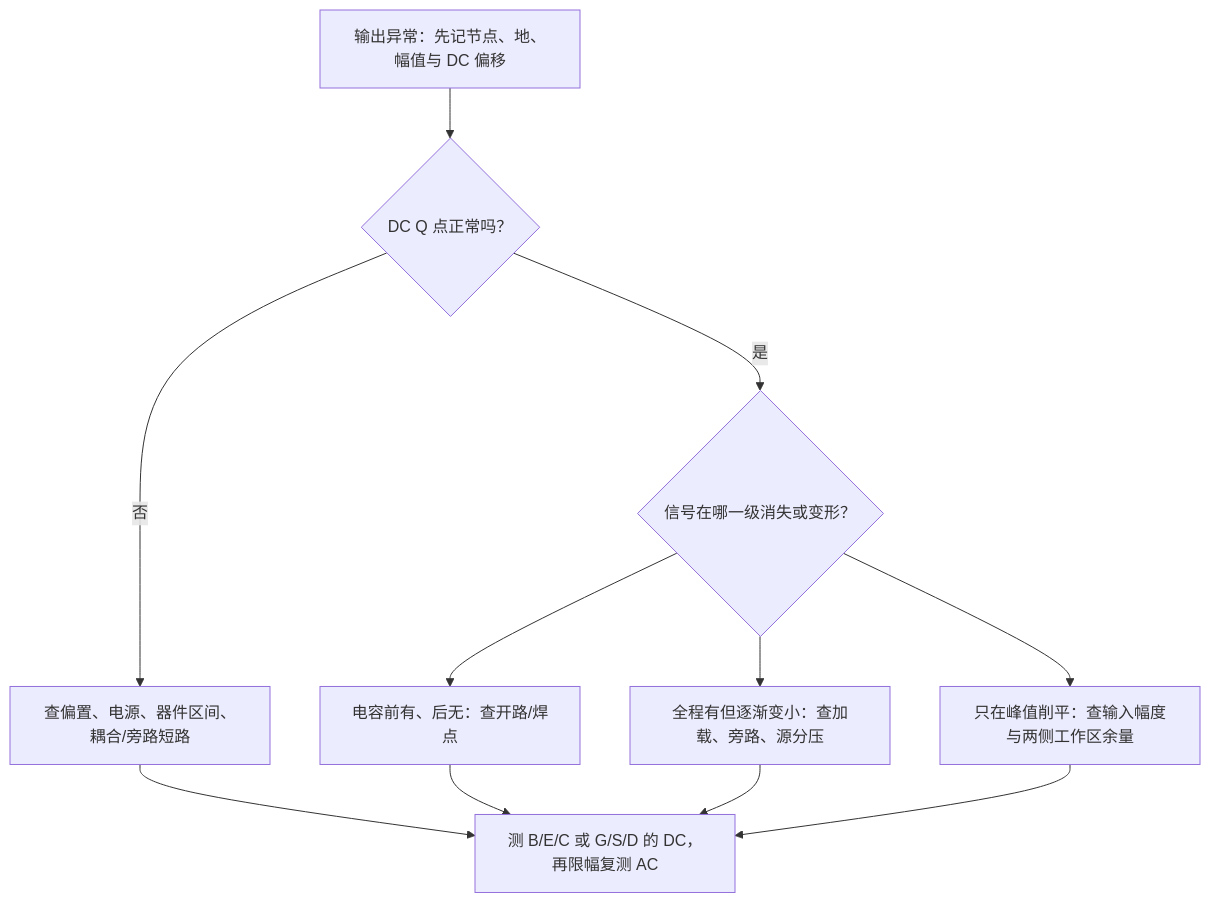
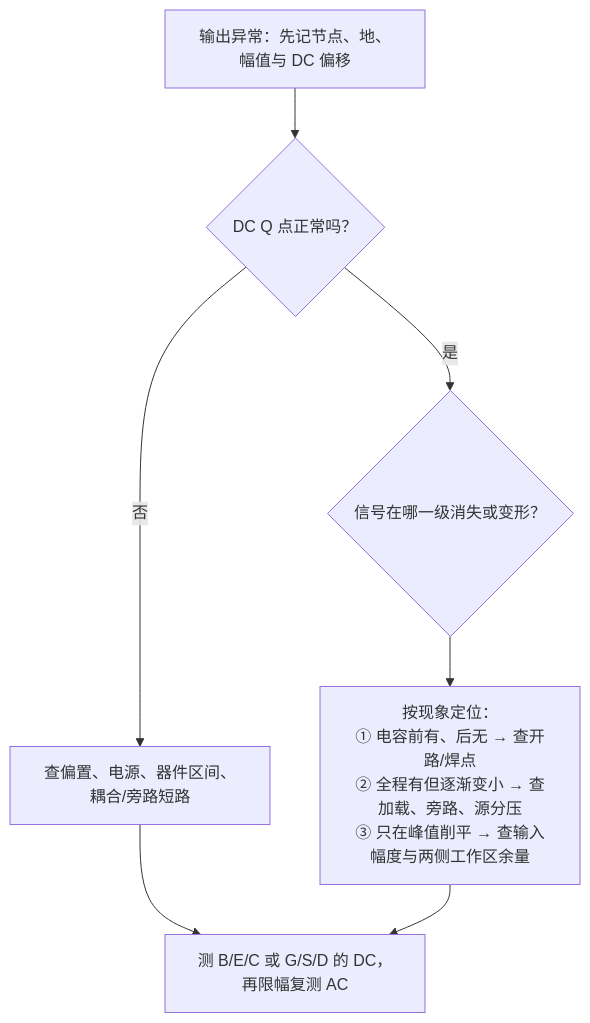
One commit to SamKuler/analog-electronics-guide changed the second of 2 diagrams in docs/guide/04-基本放大电路.md. Above: the diagram before and after it, drawn with Mermaid. The commit also changed other lines of this file and 156 other files, not shown here.

```diff
--- a/docs/guide/04-基本放大电路.md
+++ b/docs/guide/04-基本放大电路.md
@@ -1271,13 +958,9 @@
 ~~~mermaid
 flowchart TD
     A["输出异常：先记节点、地、幅值与 DC 偏移"] --> B{"DC Q 点正常吗？"}
     B -- "否" --> C["查偏置、电源、器件区间、耦合/旁路短路"]
     B -- "是" --> D{"信号在哪一级消失或变形？"}
-    D --> E["电容前有、后无：查开路/焊点"]
-    D --> F["全程有但逐渐变小：查加载、旁路、源分压"]
-    D --> G["只在峰值削平：查输入幅度与两侧工作区余量"]
+    D --> E["按现象定位：<br/>① 电容前有、后无 → 查开路/焊点<br/>② 全程有但逐渐变小 → 查加载、旁路、源分压<br/>③ 只在峰值削平 → 查输入幅度与两侧工作区余量"]
     C --> H["测 B/E/C 或 G/S/D 的 DC，再限幅复测 AC"]
     E --> H
-    F --> H
-    G --> H
 ~~~
```
